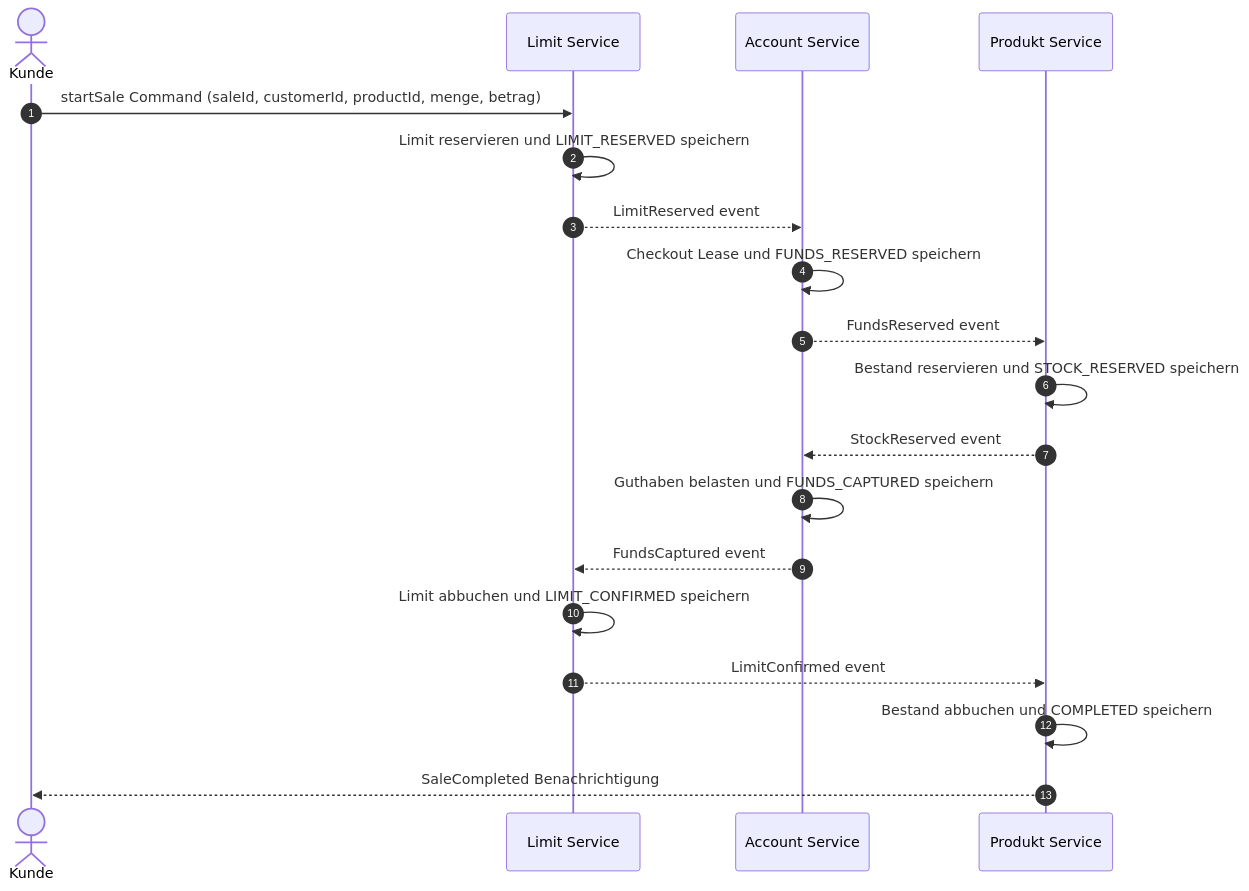
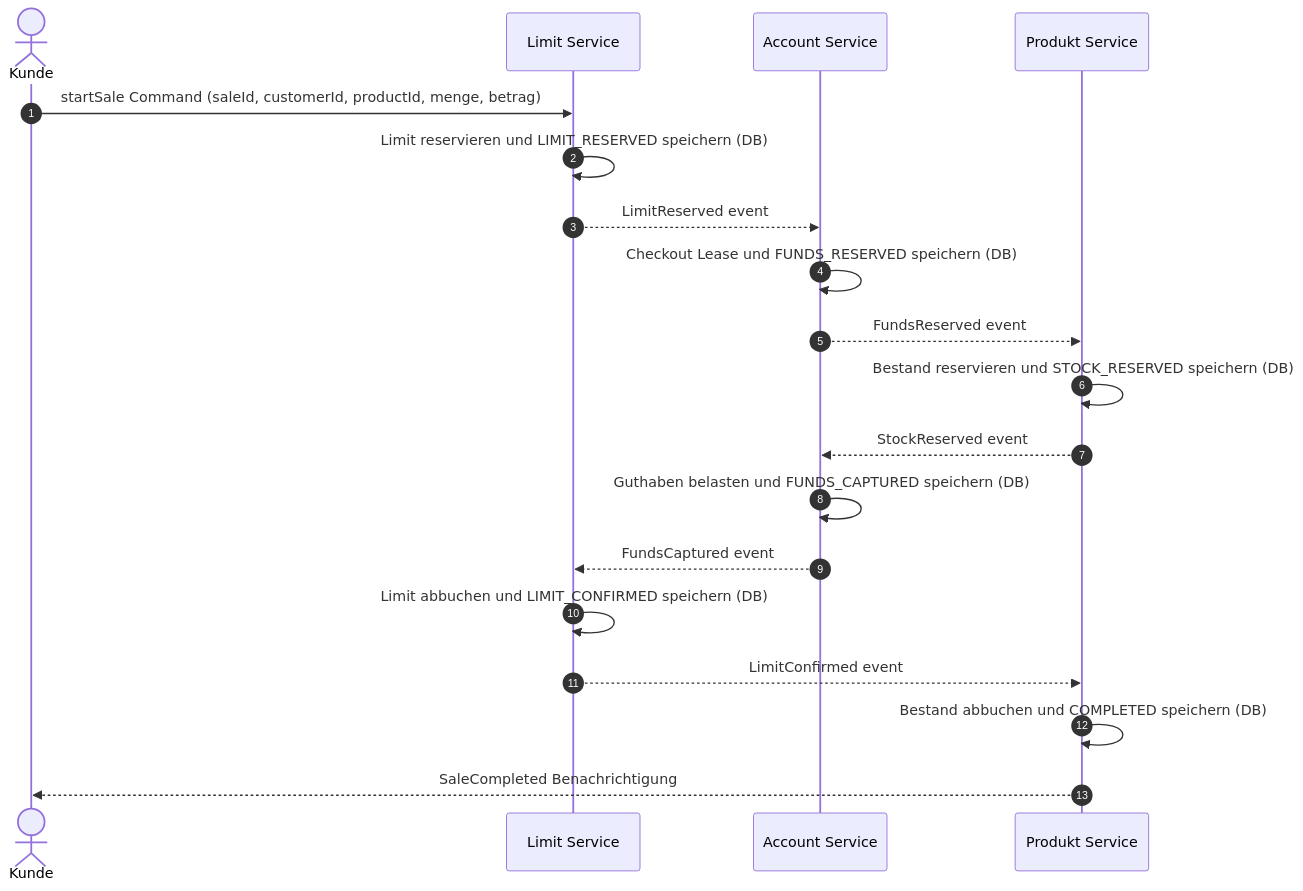
One commit to Adrian-Hansen-dev/second-hand-ticket-app changed diagram 16 of 29 in project-2/abgabe_projekt_2.md. Above: the diagram before and after it, drawn with Mermaid. The commit also changed other lines of this file, not shown here.

First line of the commit message:
Projekt 2: Persistenz und Recovery ergänzt

````diff
--- a/project-2/abgabe_projekt_2.md
+++ b/project-2/abgabe_projekt_2.md
@@ -535,22 +558,22 @@
 ```mermaid
 sequenceDiagram
     autonumber
     actor Kunde
     participant LS as Limit Service
     participant AS as Account Service
     participant PS as Produkt Service
 
     Kunde->>LS: startSale Command (saleId, customerId, productId, menge, betrag)
-    LS->>LS: Limit reservieren und LIMIT_RESERVED speichern
+    LS->>LS: Limit reservieren und LIMIT_RESERVED speichern (DB)
     LS-->>AS: LimitReserved event
-    AS->>AS: Checkout Lease und FUNDS_RESERVED speichern
+    AS->>AS: Checkout Lease und FUNDS_RESERVED speichern (DB)
     AS-->>PS: FundsReserved event
-    PS->>PS: Bestand reservieren und STOCK_RESERVED speichern
+    PS->>PS: Bestand reservieren und STOCK_RESERVED speichern (DB)
     PS-->>AS: StockReserved event
-    AS->>AS: Guthaben belasten und FUNDS_CAPTURED speichern
+    AS->>AS: Guthaben belasten und FUNDS_CAPTURED speichern (DB)
     AS-->>LS: FundsCaptured event
-    LS->>LS: Limit abbuchen und LIMIT_CONFIRMED speichern
+    LS->>LS: Limit abbuchen und LIMIT_CONFIRMED speichern (DB)
     LS-->>PS: LimitConfirmed event
-    PS->>PS: Bestand abbuchen und COMPLETED speichern
+    PS->>PS: Bestand abbuchen und COMPLETED speichern (DB)
     PS-->>Kunde: SaleCompleted Benachrichtigung
 ```
````
